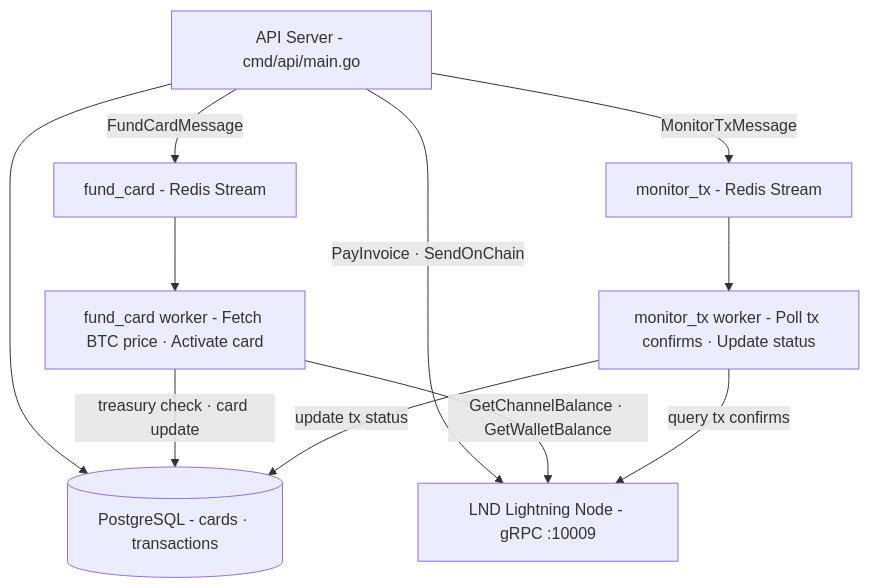
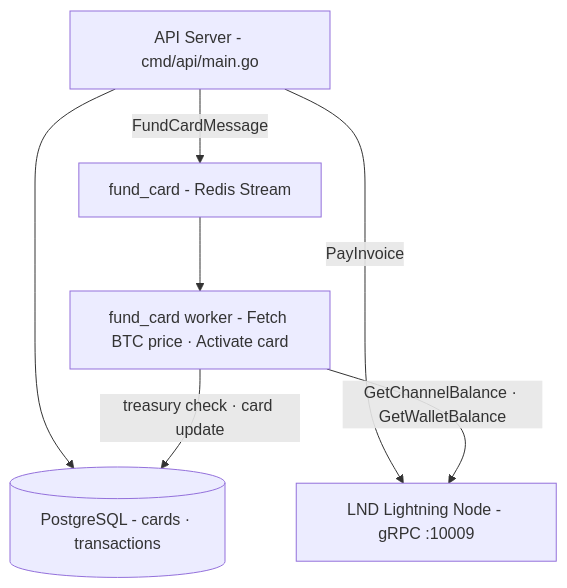
One commit to DanielDucuara2018/btc-giftcard-backend changed the second of 4 diagrams in README.md. Above: the diagram before and after it, drawn with Mermaid. The commit also changed other lines of this file and 25 other files, not shown here.

First line of the commit message:
refactor: remove on-chain redemption path — Lightning-only

````diff
--- a/README.md
+++ b/README.md
@@ -55,15 +55,11 @@
 ```mermaid
 graph TD
     API["API Server - cmd/api/main.go"] -->|FundCardMessage| Q1["fund_card - Redis Stream"]
-    API -->|MonitorTxMessage| Q2["monitor_tx - Redis Stream"]
     API --> DB[("PostgreSQL - cards · transactions")]
-    API -->|"PayInvoice · SendOnChain"| LND["LND Lightning Node - gRPC :10009"]
+    API -->|"PayInvoice"| LND["LND Lightning Node - gRPC :10009"]
 
     Q1 --> W1["fund_card worker - Fetch BTC price · Activate card"]
-    Q2 --> W2["monitor_tx worker - Poll tx confirms · Update status"]
 
     W1 -->|"treasury check · card update"| DB
-    W2 -->|"update tx status"| DB
     W1 -->|"GetChannelBalance · GetWalletBalance"| LND
-    W2 -->|"query tx confirms"| LND
 ```
````
